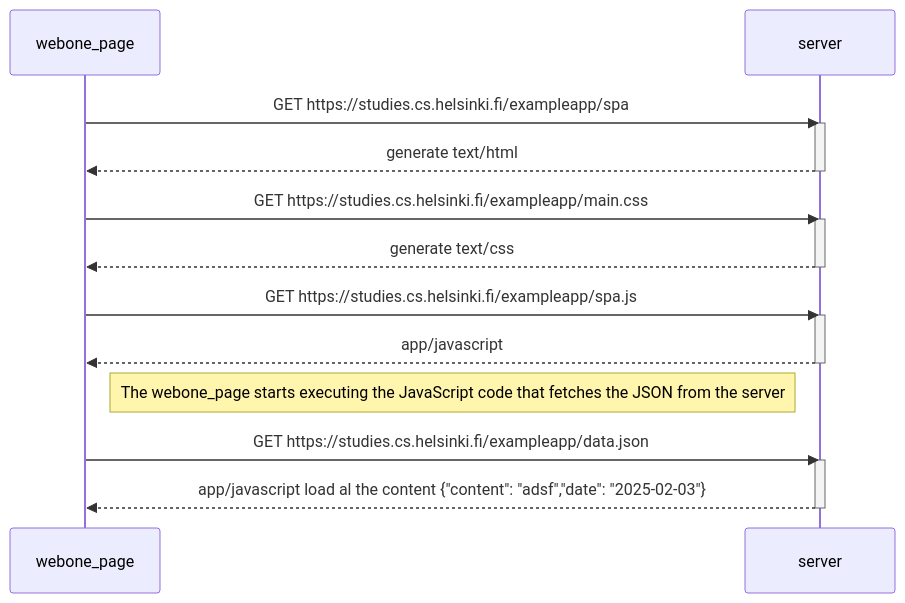
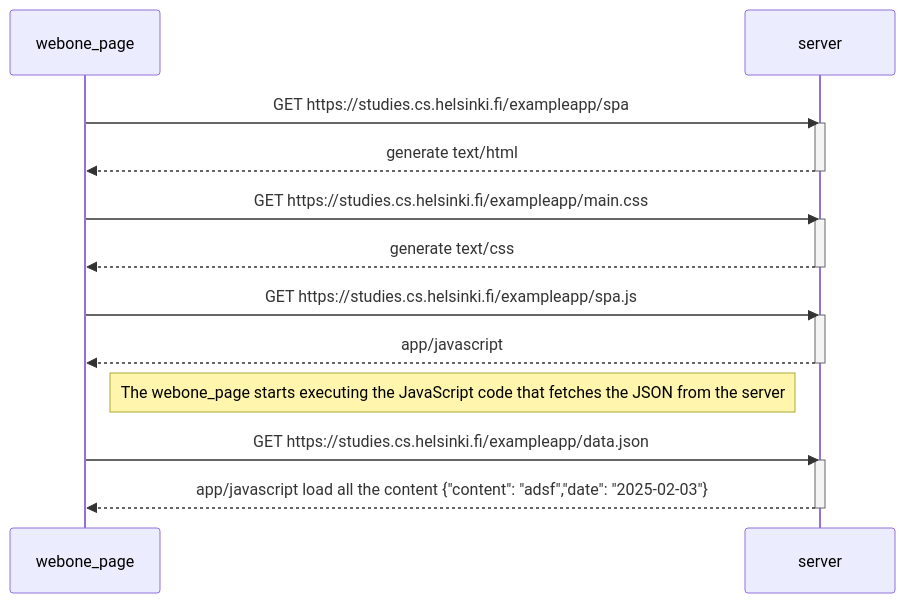
Before and after one commit to sularhen/FullStackOpen: the diagram in Part0/0.5[diagram_example_onepage].md, drawn with Mermaid.

````diff
--- a/Part0/0.5[diagram_example_onepage].md
+++ b/Part0/0.5[diagram_example_onepage].md
@@ -1,31 +1,31 @@
 ```mermaid
 
 sequenceDiagram
 participant webone_page
 participant server
 
   webone_page->>server: GET https://studies.cs.helsinki.fi/exampleapp/spa
   activate server
   server-->>webone_page: generate text/html
   deactivate server
 
   webone_page->>server: GET https://studies.cs.helsinki.fi/exampleapp/main.css
   activate server
   server-->>webone_page: generate text/css
   deactivate server
 
   webone_page->>server: GET https://studies.cs.helsinki.fi/exampleapp/spa.js
   activate server
   server-->>webone_page: app/javascript
   deactivate server
 
   Note right of webone_page: The webone_page starts executing the JavaScript code that fetches the JSON from the server
 
   webone_page->>server: GET https://studies.cs.helsinki.fi/exampleapp/data.json
   activate server
-  server-->>webone_page: app/javascript load al the content {"content": "adsf","date": "2025-02-03"}
+  server-->>webone_page: app/javascript load all the content {"content": "adsf","date": "2025-02-03"}
 
   deactivate server
 
 
 ```
````
